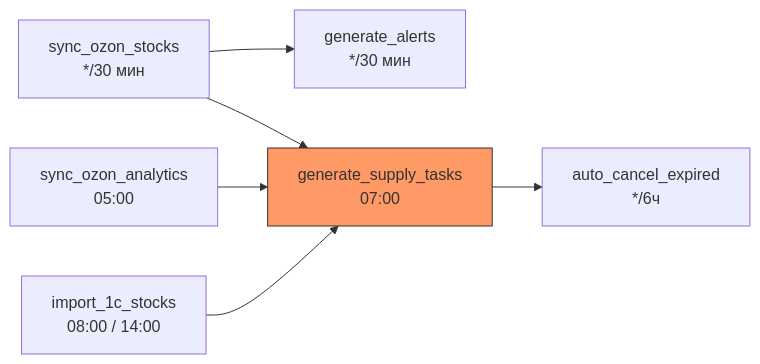
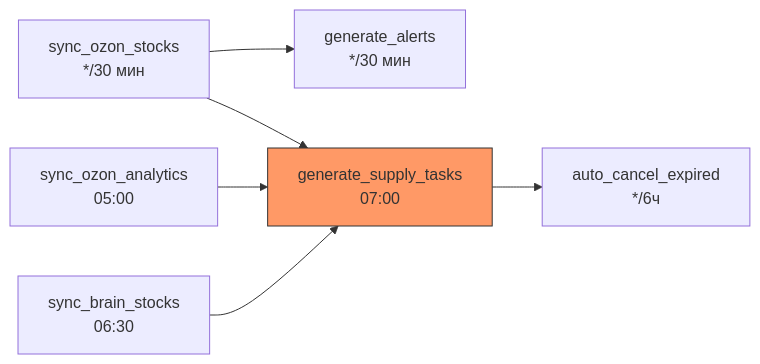
One commit to Sign25/Docs changed the third of 3 diagrams in logistic/adolf_logistic_8_celery.md. Above: the diagram before and after it, drawn with Mermaid. The commit also changed other lines of this file, not shown here.

Commit message:
Logistic Раздел 8: v2.1 — замена import_1c_stocks на sync_brain_stocks + check_brain_freshness

````diff
--- a/logistic/adolf_logistic_8_celery.md
+++ b/logistic/adolf_logistic_8_celery.md
@@ -727,18 +760,18 @@
 ```mermaid
 flowchart LR
     SYNC_STOCKS["sync_ozon_stocks<br/>*/30 мин"]
     SYNC_ANALYTICS["sync_ozon_analytics<br/>05:00"]
-    IMPORT_1C["import_1c_stocks<br/>08:00 / 14:00"]
+    SYNC_BRAIN["sync_brain_stocks<br/>06:30"]
     
     GEN_ALERTS["generate_alerts<br/>*/30 мин"]
     GEN_TASKS["generate_supply_tasks<br/>07:00"]
     AUTO_CANCEL["auto_cancel_expired<br/>*/6ч"]
     
     SYNC_STOCKS --> GEN_ALERTS
     SYNC_STOCKS --> GEN_TASKS
     SYNC_ANALYTICS --> GEN_TASKS
-    IMPORT_1C --> GEN_TASKS
+    SYNC_BRAIN --> GEN_TASKS
     GEN_TASKS --> AUTO_CANCEL
     
     style GEN_TASKS fill:#f96,stroke:#333
 ```
````
